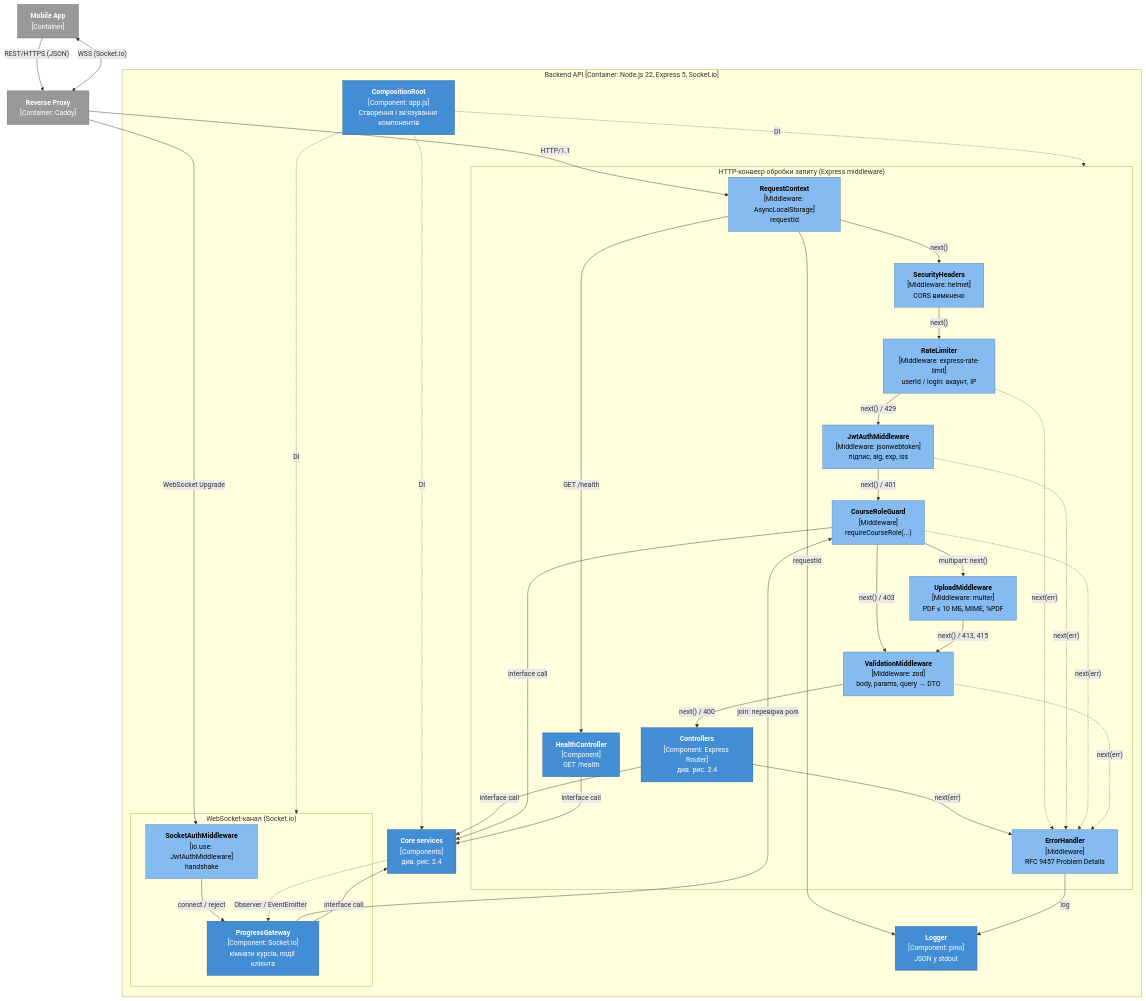
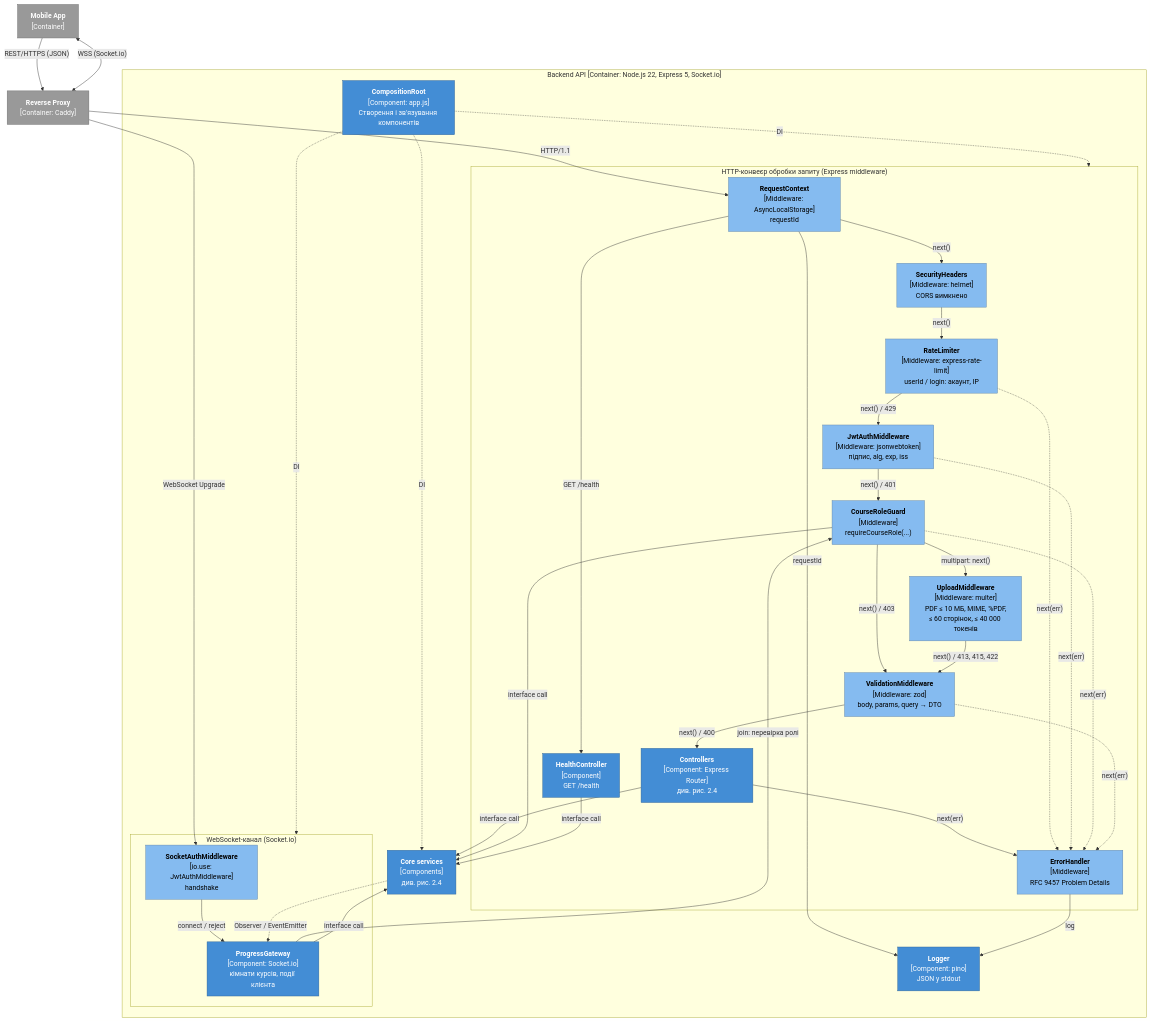
One commit to MarcoGr11/Recall changed the third of 4 diagrams in docs/2_design.md. Above: the diagram before and after it, drawn with Mermaid. The commit also changed other lines of this file and 28 other files, not shown here.

````diff
--- a/docs/2_design.md
+++ b/docs/2_design.md
@@ -171,65 +305,65 @@
 ```mermaid
 flowchart TB
     mobile["<b>Mobile App</b><br/>[Container]"]
     proxy["<b>Reverse Proxy</b><br/>[Container: Caddy]"]
 
     subgraph api["Backend API [Container: Node.js 22, Express 5, Socket.io]"]
         root["<b>CompositionRoot</b><br/>[Component: app.js]<br/>Створення і зв'язування компонентів"]
         subgraph http["HTTP-конвеєр обробки запиту (Express middleware)"]
             ctx["<b>RequestContext</b><br/>[Middleware: AsyncLocalStorage]<br/>requestId"]
             sec["<b>SecurityHeaders</b><br/>[Middleware: helmet]<br/>CORS вимкнено"]
             rl["<b>RateLimiter</b><br/>[Middleware: express-rate-limit]<br/>userId / login: акаунт, IP"]
             jwt["<b>JwtAuthMiddleware</b><br/>[Middleware: jsonwebtoken]<br/>підпис, alg, exp, iss"]
             guard["<b>CourseRoleGuard</b><br/>[Middleware]<br/>requireCourseRole(...)"]
-            upload["<b>UploadMiddleware</b><br/>[Middleware: multer]<br/>PDF ≤ 10 МБ, MIME, %PDF"]
+            upload["<b>UploadMiddleware</b><br/>[Middleware: multer]<br/>PDF ≤ 10 МБ, MIME, %PDF,<br/>≤ 60 сторінок, ≤ 40 000 токенів"]
             valid["<b>ValidationMiddleware</b><br/>[Middleware: zod]<br/>body, params, query → DTO"]
             ctrl["<b>Controllers</b><br/>[Component: Express Router]<br/>див. рис. 2.4"]
             err["<b>ErrorHandler</b><br/>[Middleware]<br/>RFC 9457 Problem Details"]
             health["<b>HealthController</b><br/>[Component]<br/>GET /health"]
         end
         subgraph ws["WebSocket-канал (Socket.io)"]
             wsAuth["<b>SocketAuthMiddleware</b><br/>[io.use: JwtAuthMiddleware]<br/>handshake"]
             gw["<b>ProgressGateway</b><br/>[Component: Socket.io]<br/>кімнати курсів, події клієнта"]
         end
         logger["<b>Logger</b><br/>[Component: pino]<br/>JSON у stdout"]
         core["<b>Core services</b><br/>[Components]<br/>див. рис. 2.4"]
     end
 
     mobile -- "REST/HTTPS (JSON)" --> proxy
     mobile <-- "WSS (Socket.io)" --> proxy
     proxy -- "HTTP/1.1" --> ctx
     proxy -- "WebSocket Upgrade" --> wsAuth
     ctx -- "next()" --> sec
     ctx -- "GET /health" --> health
     sec -- "next()" --> rl
     rl -- "next() / 429" --> jwt
     jwt -- "next() / 401" --> guard
     guard -- "multipart: next()" --> upload
     guard -- "next() / 403" --> valid
-    upload -- "next() / 413, 415" --> valid
+    upload -- "next() / 413, 415, 422" --> valid
     valid -- "next() / 400" --> ctrl
     ctrl -- "interface call" --> core
     ctrl -- "next(err)" --> err
     rl -. "next(err)" .-> err
     jwt -. "next(err)" .-> err
     guard -. "next(err)" .-> err
     valid -. "next(err)" .-> err
     wsAuth -- "connect / reject" --> gw
     gw -- "join: перевірка ролі" --> guard
     guard -- "interface call" --> core
     health -- "interface call" --> core
     gw -- "interface call" --> core
     core -. "Observer / EventEmitter" .-> gw
     ctx -- "requestId" --> logger
     err -- "log" --> logger
     root -. "DI" .-> http
     root -. "DI" .-> ws
     root -. "DI" .-> core
 
     classDef ext fill:#999999,stroke:#6b6b6b,color:#fff
     classDef mw fill:#85bbf0,stroke:#5d82a8,color:#000
     classDef comp fill:#438dd5,stroke:#2e6295,color:#fff
     class mobile,proxy ext
     class ctx,sec,rl,jwt,guard,upload,valid,err,wsAuth mw
     class root,ctrl,health,gw,logger,core comp
 ```
````
